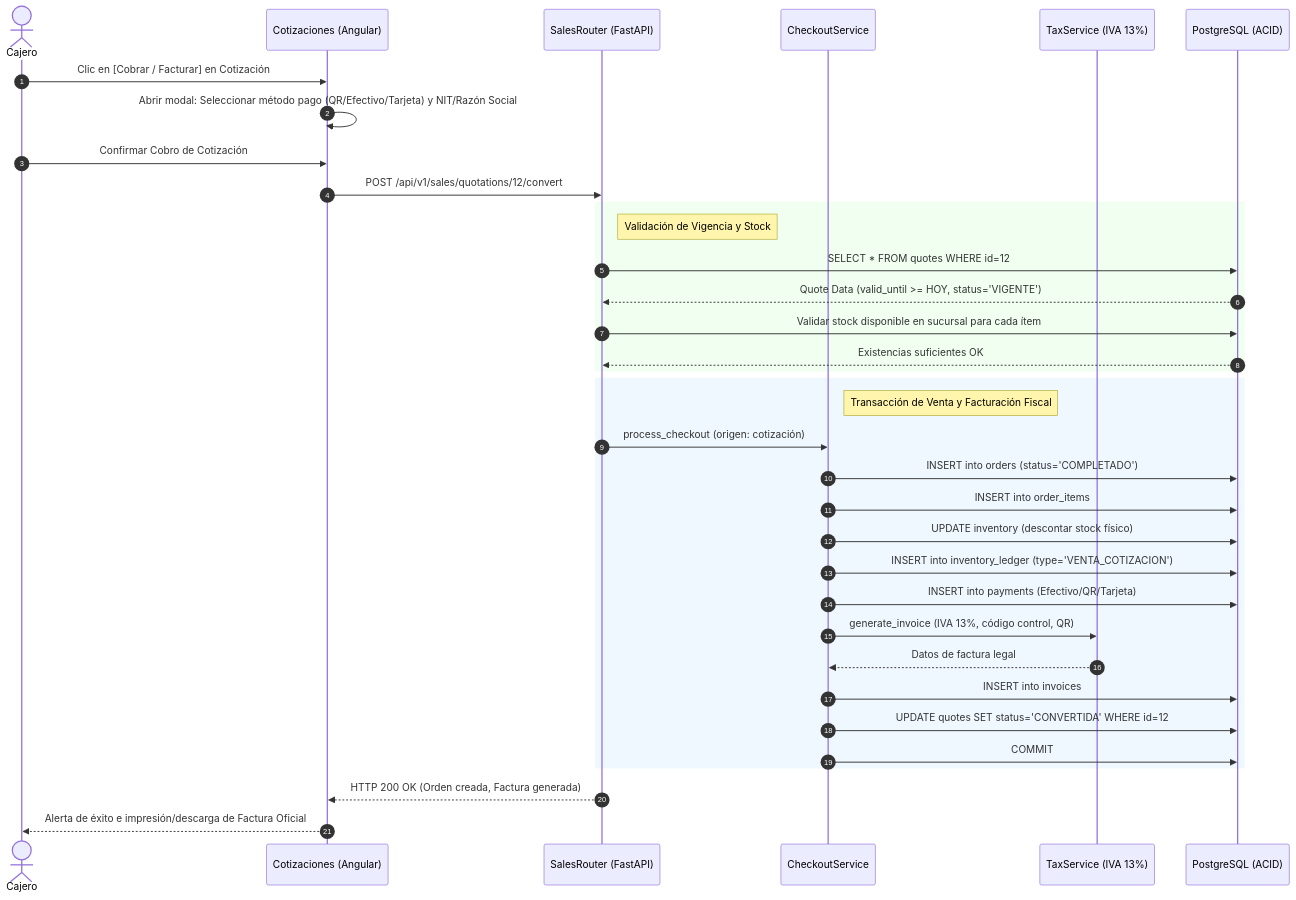
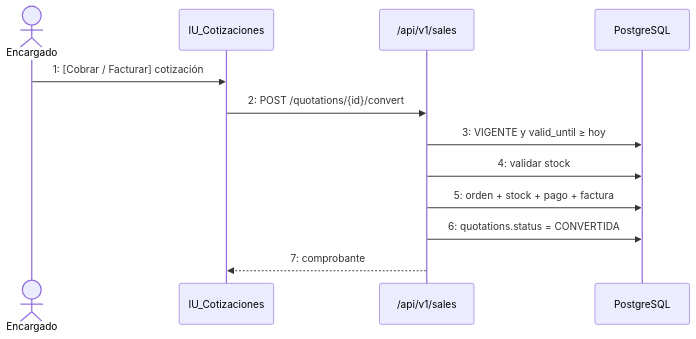
Before and after one commit to jc-larry/ecommerce-fashionstore: diagram 11 of 14 in Ciclo2.md, drawn with Mermaid. The commit also changed other lines of this file and 267 other files, not shown here.

````diff
--- a/Ciclo2.md
+++ b/Ciclo2.md
@@ -763,41 +562,15 @@
 ```mermaid
 sequenceDiagram
-    autonumber
-    actor Cajero
-    participant Web as Cotizaciones (Angular)
-    participant API as SalesRouter (FastAPI)
-    participant Svc as CheckoutService
-    participant Tax as TaxService (IVA 13%)
-    participant DB as PostgreSQL (ACID)
+    actor E as Encargado
+    participant UI as IU_Cotizaciones
+    participant API as /api/v1/sales
+    participant DB as PostgreSQL
 
-    Cajero->>Web: Clic en [Cobrar / Facturar] en Cotización #12
-    Web->>Web: Abrir modal: Seleccionar método pago (QR/Efectivo/Tarjeta) y NIT/Razón Social
-    Cajero->>Web: Confirmar Cobro de Cotización
-    Web->>API: POST /api/v1/sales/quotations/12/convert
-    
-    rect rgb(240, 255, 240)
-        note right of API: Validación de Vigencia y Stock
-        API->>DB: SELECT * FROM quotes WHERE id=12
-        DB-->>API: Quote Data (valid_until >= HOY, status='VIGENTE')
-        API->>DB: Validar stock disponible en sucursal para cada ítem
-        DB-->>API: Existencias suficientes OK
-    end
-
-    rect rgb(240, 248, 255)
-        note right of Svc: Transacción de Venta y Facturación Fiscal
-        API->>Svc: process_checkout (origen: cotización)
-        Svc->>DB: INSERT into orders (status='COMPLETADO')
-        Svc->>DB: INSERT into order_items
-        Svc->>DB: UPDATE inventory (descontar stock físico)
-        Svc->>DB: INSERT into inventory_ledger (type='VENTA_COTIZACION')
-        Svc->>DB: INSERT into payments (Efectivo/QR/Tarjeta)
-        Svc->>Tax: generate_invoice (IVA 13%, código control, QR)
-        Tax-->>Svc: Datos de factura legal
-        Svc->>DB: INSERT into invoices
-        Svc->>DB: UPDATE quotes SET status='CONVERTIDA' WHERE id=12
-        Svc->>DB: COMMIT
-    end
-
-    API-->>Web: HTTP 200 OK (Orden creada, Factura generada)
-    Web-->>Cajero: Alerta de éxito e impresión/descarga de Factura Oficial
+    E->>UI: 1: [Cobrar / Facturar] cotización
+    UI->>API: 2: POST /quotations/{id}/convert
+    API->>DB: 3: VIGENTE y valid_until ≥ hoy
+    API->>DB: 4: validar stock
+    API->>DB: 5: orden + stock + pago + factura
+    API->>DB: 6: quotations.status = CONVERTIDA
+    API-->>UI: 7: comprobante
 ```
````
